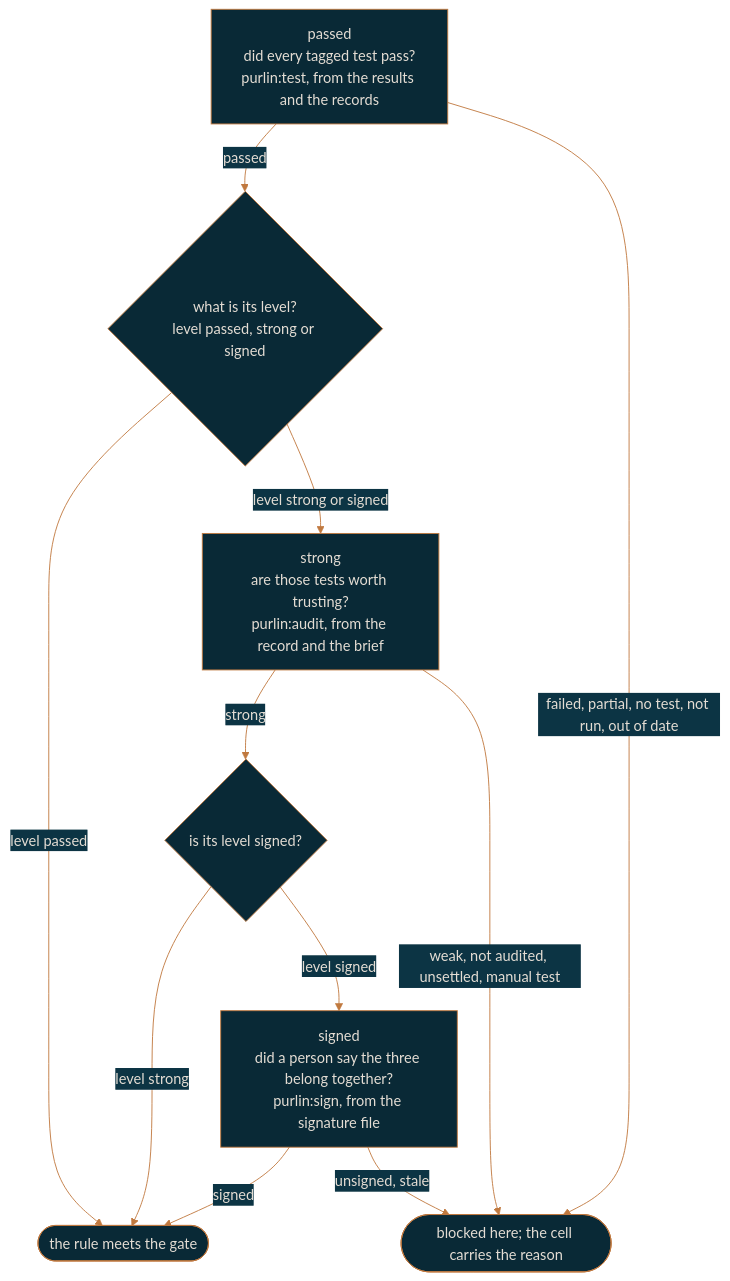
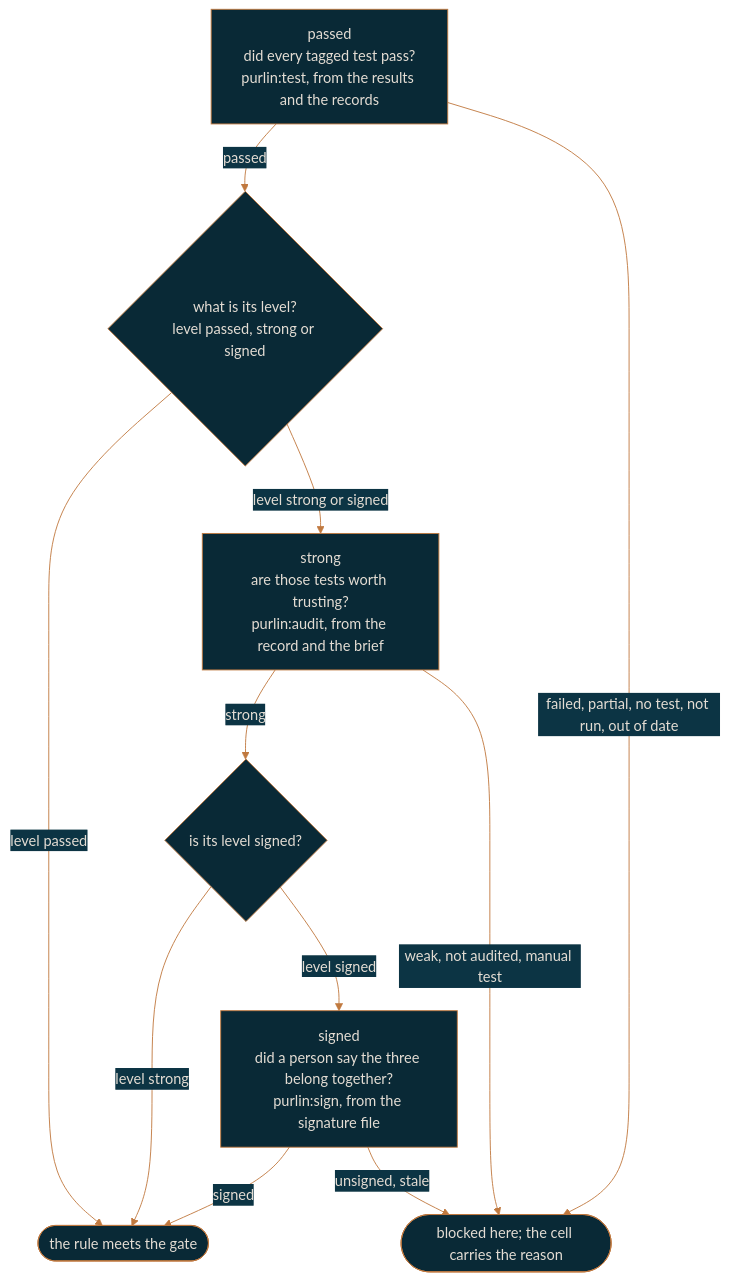
Before and after one commit to rlabarca/purlin: the diagram in docs/how-purlin-works.md, drawn with Mermaid. The commit also changed other lines of this file and 18 other files, not shown here.

````diff
--- a/docs/how-purlin-works.md
+++ b/docs/how-purlin-works.md
@@ -11,22 +11,22 @@
 ```mermaid
 %%{init: {"theme": "base", "themeVariables": {"background": "#0C3444", "primaryColor": "#092936", "primaryTextColor": "#E4DDD4", "primaryBorderColor": "#C0793F", "lineColor": "#C0793F", "secondaryColor": "#0C3444", "tertiaryColor": "#092936", "fontFamily": "Arial", "textColor": "#E4DDD4"}}}%%
 flowchart TD
     Q1["passed<br>did every tagged test pass?<br>purlin:test, from the results and the records"]
     Q2["strong<br>are those tests worth trusting?<br>purlin:audit, from the record and the brief"]
     Q3["signed<br>did a person say the three belong together?<br>purlin:sign, from the signature file"]
     Lvl{"what is its level?<br>level passed, strong or signed"}
     Sig{"is its level signed?"}
     Met(["the rule meets the gate"])
     Stop(["blocked here; the cell carries the reason"])
 
     Q1 -->|passed| Lvl
     Lvl -->|"level passed"| Met
     Lvl -->|"level strong or signed"| Q2
     Q2 -->|strong| Sig
     Sig -->|"level strong"| Met
     Sig -->|"level signed"| Q3
     Q3 -->|signed| Met
     Q1 -->|"failed, partial, no test, not run, out of date"| Stop
-    Q2 -->|"weak, not audited, unsettled, manual test"| Stop
+    Q2 -->|"weak, not audited, manual test"| Stop
     Q3 -->|"unsigned, stale"| Stop
 ```
````
